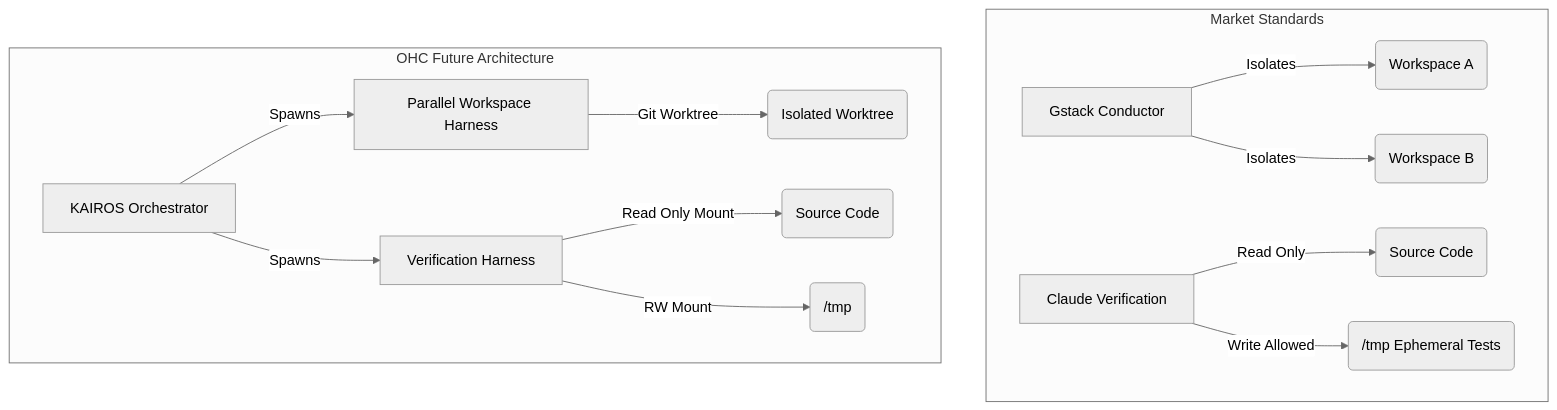
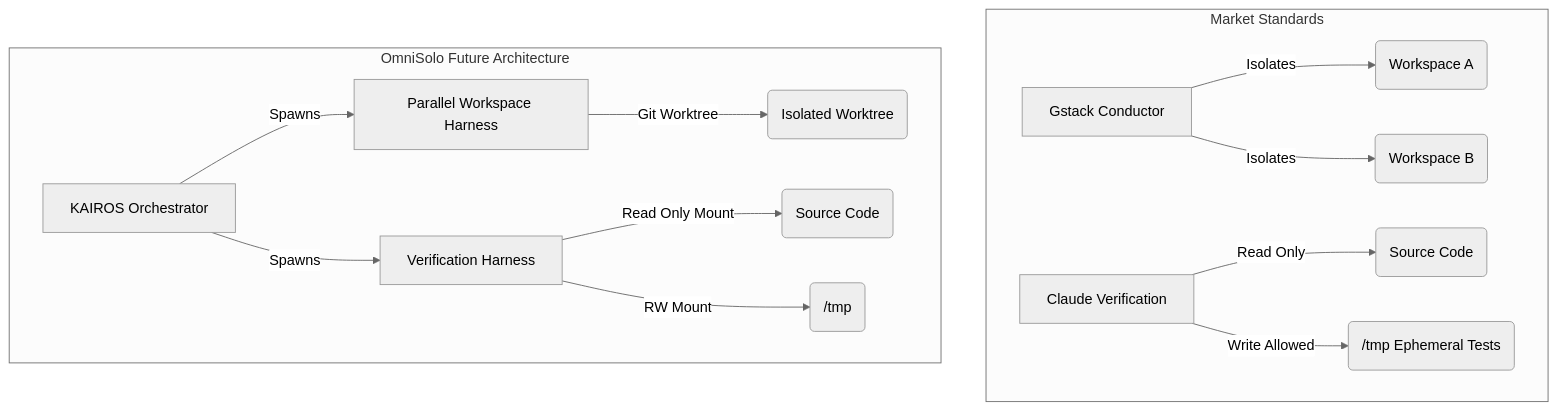
Before and after one commit to omnisolo-llc/onehumancorp: the diagram in docs/technical/research/gstack_claude_harness_audit.md, drawn with Mermaid (neutral theme). The commit also changed other lines of this file and 2191 other files, not shown here.

Commit message:
feat: complete OmniSolo rename and browser audit

````diff
--- a/docs/technical/research/gstack_claude_harness_audit.md
+++ b/docs/technical/research/gstack_claude_harness_audit.md
@@ -28,17 +28,17 @@
 ```mermaid
 graph TD
     subgraph Market Standards
         G[Gstack Conductor] -->|Isolates| W1(Workspace A)
         G -->|Isolates| W2(Workspace B)
         C[Claude Verification] -->|Read Only| R(Source Code)
         C -->|Write Allowed| T(/tmp Ephemeral Tests)
     end
 
-    subgraph OHC Future Architecture
+    subgraph OmniSolo Future Architecture
         O[KAIROS Orchestrator] -->|Spawns| PW[Parallel Workspace Harness]
         O -->|Spawns| VH[Verification Harness]
         PW -->|Git Worktree| WT(Isolated Worktree)
         VH -->|Read Only Mount| RO(Source Code)
         VH -->|RW Mount| Ephemeral(/tmp)
     end
 ```
````
